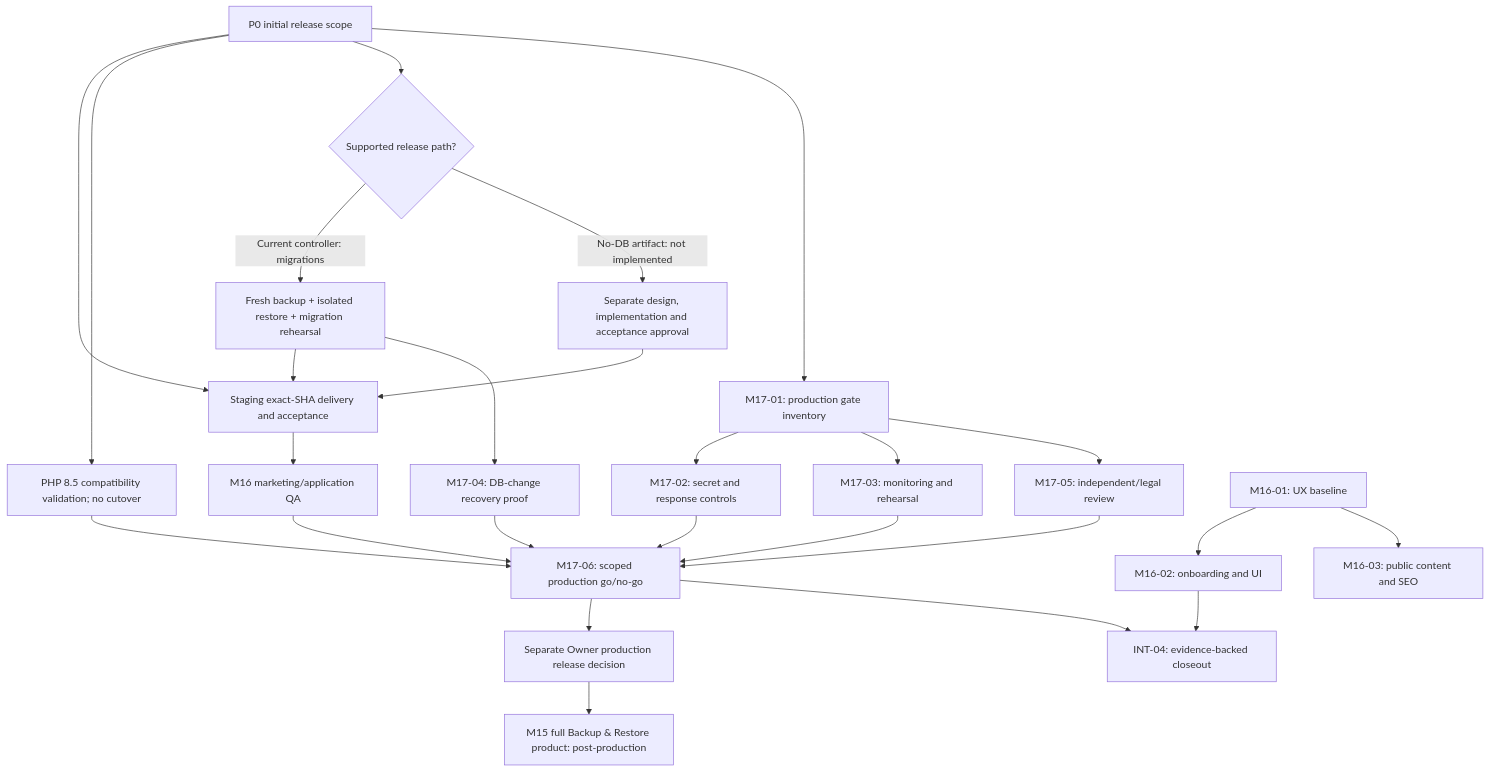
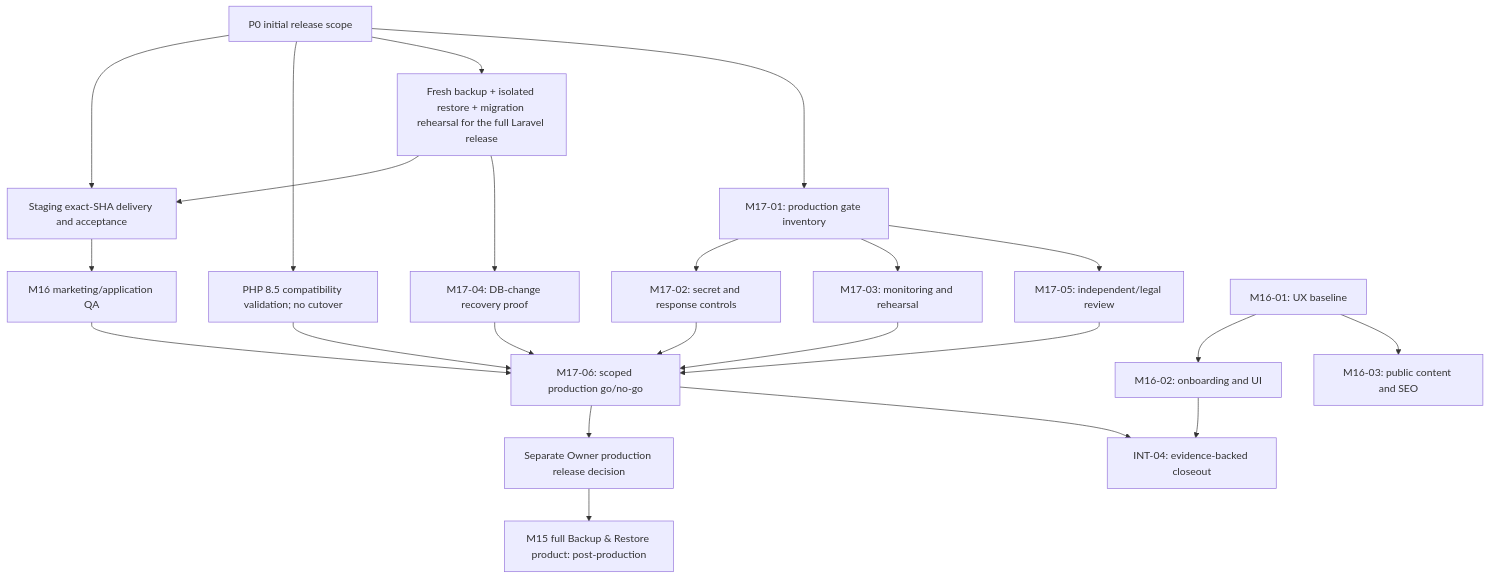
Before and after one commit to zsoltacsai/wpcaregrid: the diagram in docs/MASTER_ROADMAP_AND_INTEGRATION_PLAN.md, drawn with Mermaid. The commit also changed other lines of this file and 2 other files, not shown here.

Commit message:
docs: align staging release with Laravel-only decision

````diff
--- a/docs/MASTER_ROADMAP_AND_INTEGRATION_PLAN.md
+++ b/docs/MASTER_ROADMAP_AND_INTEGRATION_PLAN.md
@@ -218,28 +220,25 @@
 ```mermaid
 graph TD
   P0[P0 initial release scope] --> STG[Staging exact-SHA delivery and acceptance]
   P0 --> PHP85[PHP 8.5 compatibility validation; no cutover]
-  P0 --> PATH{Supported release path?}
-  PATH -->|Current controller: migrations| BACKUP[Fresh backup + isolated restore + migration rehearsal]
-  PATH -->|No-DB artifact: not implemented| STATIC[Separate design, implementation and acceptance approval]
+  P0 --> BACKUP[Fresh backup + isolated restore + migration rehearsal for the full Laravel release]
   P0 --> M1701[M17-01: production gate inventory]
   BACKUP --> STG
-  STATIC --> STG
   STG --> M16[M16 marketing/application QA]
   BACKUP --> M1704[M17-04: DB-change recovery proof]
   M1701 --> M1702[M17-02: secret and response controls]
   M1701 --> M1703[M17-03: monitoring and rehearsal]
   M1701 --> M1705[M17-05: independent/legal review]
   M16 --> M17G[M17-06: scoped production go/no-go]
   PHP85 --> M17G
   M1702 --> M17G
   M1703 --> M17G
   M1704 --> M17G
   M1705 --> M17G
   M17G --> OWNER[Separate Owner production release decision]
   OWNER --> M15[M15 full Backup & Restore product: post-production]
   M1601[M16-01: UX baseline] --> M1602[M16-02: onboarding and UI]
   M1601 --> M1603[M16-03: public content and SEO]
   M1602 --> INT4[INT-04: evidence-backed closeout]
   M17G --> INT4
 ```
````
